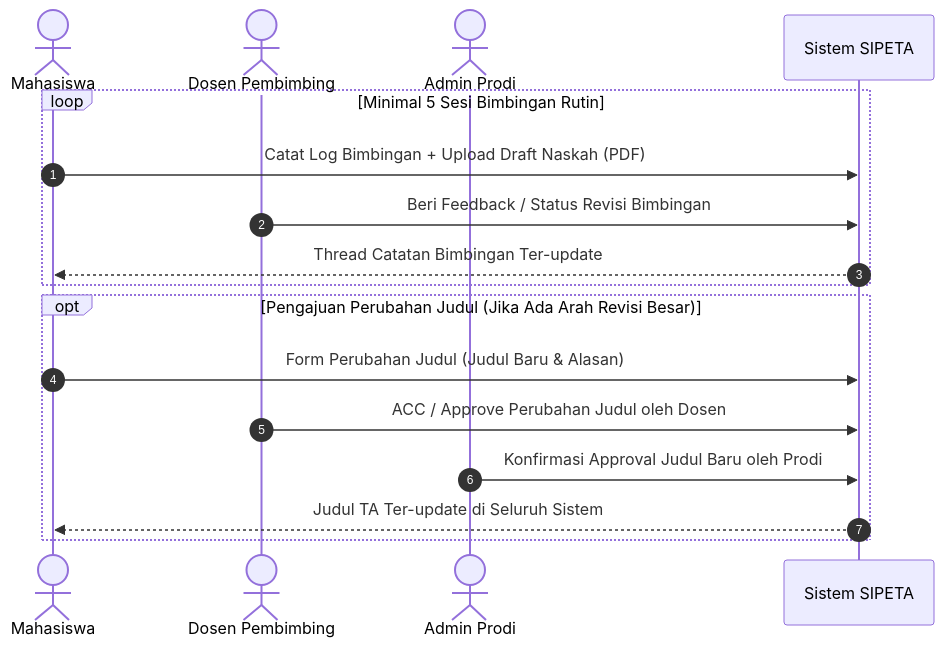
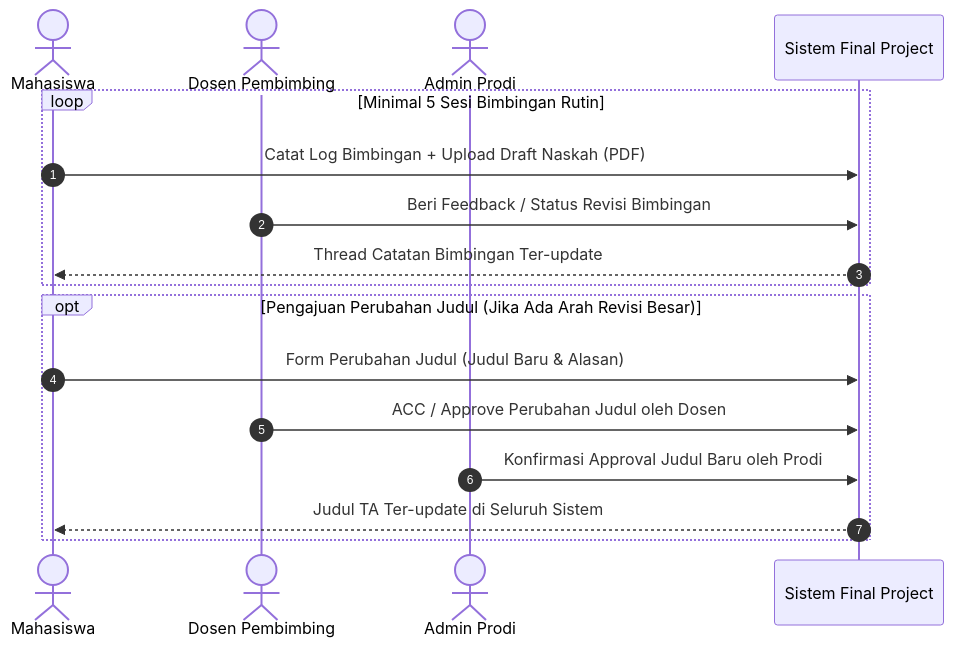
One commit to DanuZen/isi-final-project changed the third of 5 diagrams in docs/WORKFLOWS.md. Above: the diagram before and after it, drawn with Mermaid. The commit also changed other lines of this file and 12 other files, not shown here.

Commit message:
docs: update all documentation to PT MBOIS Final Project design system and branding

````diff
--- a/docs/WORKFLOWS.md
+++ b/docs/WORKFLOWS.md
@@ -63,21 +63,21 @@
 ```mermaid
 sequenceDiagram
     autonumber
     actor M as Mahasiswa
     actor D as Dosen Pembimbing
     actor P as Admin Prodi
-    participant S as Sistem SIPETA
+    participant S as Sistem Final Project
 
     loop Minimal 5 Sesi Bimbingan Rutin
         M->>S: Catat Log Bimbingan + Upload Draft Naskah (PDF)
         D->>S: Beri Feedback / Status Revisi Bimbingan
         S-->>M: Thread Catatan Bimbingan Ter-update
     end
 
     opt Pengajuan Perubahan Judul (Jika Ada Arah Revisi Besar)
         M->>S: Form Perubahan Judul (Judul Baru & Alasan)
         D->>S: ACC / Approve Perubahan Judul oleh Dosen
         P->>S: Konfirmasi Approval Judul Baru oleh Prodi
         S-->>M: Judul TA Ter-update di Seluruh Sistem
     end
 ```
````
